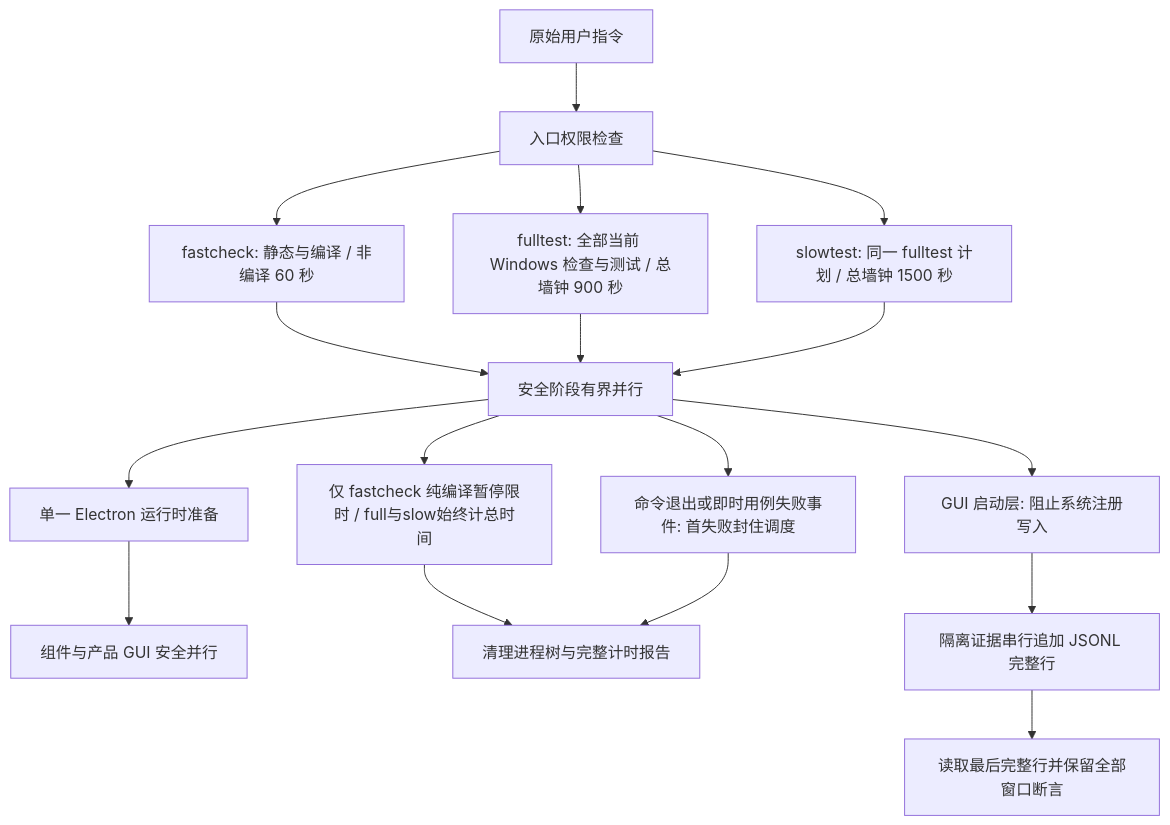
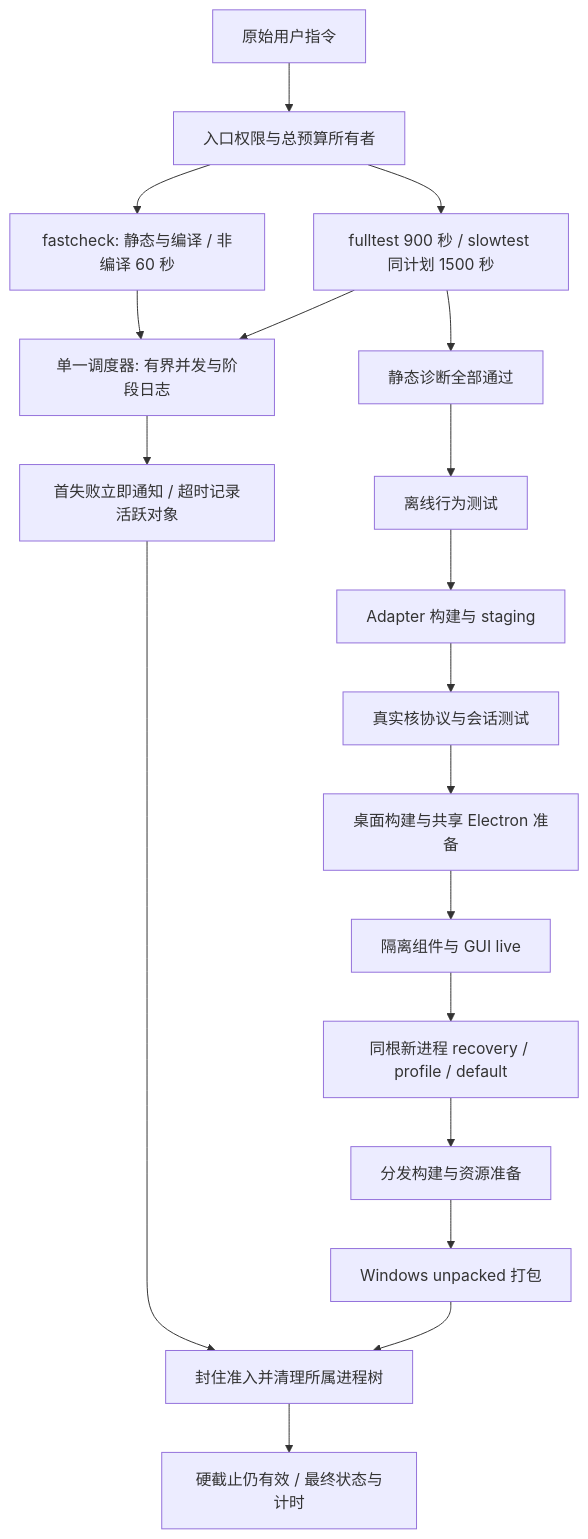
Before and after one commit to jchanghong023/OmpCode: the first of 4 diagrams in docs/requirements/test-gates.md, drawn with Mermaid. The commit also changed other lines of this file and 246 other files, not shown here.

````diff
--- a/docs/requirements/test-gates.md
+++ b/docs/requirements/test-gates.md
@@ -21,19 +26,21 @@
 ```mermaid
 flowchart TD
-  A[原始用户指令] --> B[入口权限检查]
+  A[原始用户指令] --> B[入口权限与总预算所有者]
   B --> C[fastcheck: 静态与编译 / 非编译 60 秒]
-  B --> D[fulltest: 全部当前 Windows 检查与测试 / 总墙钟 900 秒]
-  B --> E[slowtest: 同一 fulltest 计划 / 总墙钟 1500 秒]
-  C --> F[安全阶段有界并行]
-  D --> F
-  E --> F
-  F --> H[仅 fastcheck 纯编译暂停限时 / full与slow始终计总时间]
-  F --> L[单一 Electron 运行时准备]
-  L --> M[组件与产品 GUI 安全并行]
-  H --> G[清理进程树与完整计时报告]
-  F --> I[GUI 启动层: 阻止系统注册写入]
-  I --> J[隔离证据串行追加 JSONL 完整行]
-  J --> K[读取最后完整行并保留全部窗口断言]
-  F --> N[命令退出或即时用例失败事件: 首失败封住调度]
-  N --> G
+  B --> D[fulltest 900 秒 / slowtest 同计划 1500 秒]
+  D --> E[静态诊断全部通过]
+  E --> F[离线行为测试]
+  F --> H[Adapter 构建与 staging]
+  H --> I[真实核协议与会话测试]
+  I --> J[桌面构建与共享 Electron 准备]
+  J --> K[隔离组件与 GUI live]
+  K --> L[同根新进程 recovery / profile / default]
+  L --> M[分发构建与资源准备]
+  M --> N[Windows unpacked 打包]
+  C --> O[单一调度器: 有界并发与阶段日志]
+  D --> O
+  O --> P[首失败立即通知 / 超时记录活跃对象]
+  P --> Q[封住准入并清理所属进程树]
+  N --> Q
+  Q --> R[硬截止仍有效 / 最终状态与计时]
 ```
````
